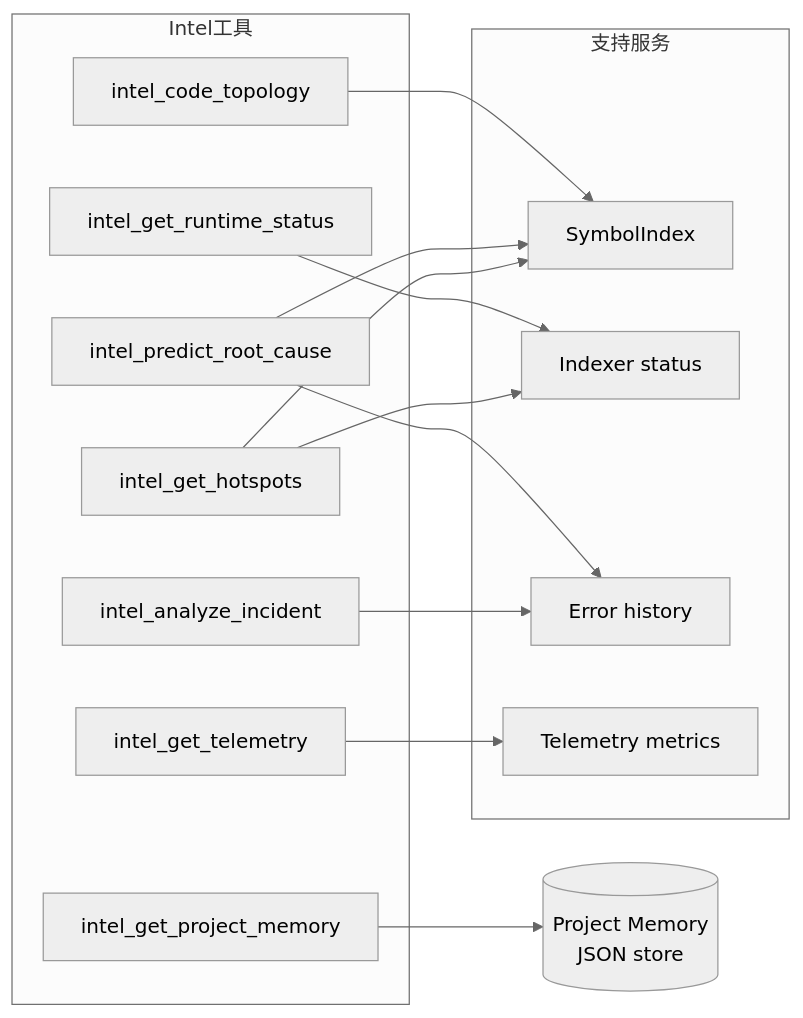
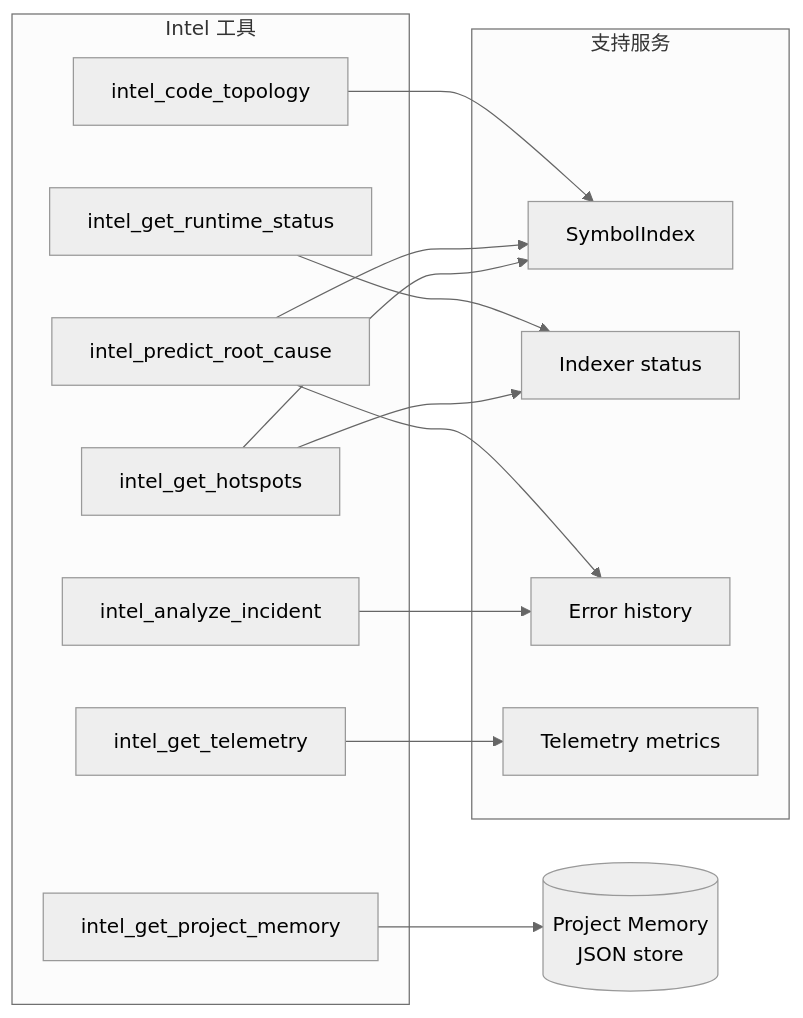
One commit to ManSio/mscodebase-intelligence changed the sixth of 8 diagrams in docs/zh/ARCHITECTURE_DEEP.md. Above: the diagram before and after it, drawn with Mermaid (neutral theme). The commit also changed other lines of this file and 50 other files, not shown here.

````diff
--- a/docs/zh/ARCHITECTURE_DEEP.md
+++ b/docs/zh/ARCHITECTURE_DEEP.md
@@ -205,29 +217,29 @@
 ```mermaid
 flowchart LR
-    subgraph "Intel工具"
+    subgraph "Intel 工具"
         RTS[intel_get_runtime_status]
         CT[intel_code_topology]
         PM[intel_get_project_memory]
         RCA[intel_predict_root_cause]
         AI[intel_analyze_incident]
         TL[intel_get_telemetry]
         HOT[intel_get_hotspots]
     end
     
     subgraph "支持服务"
         SI[SymbolIndex]
         IDX[Indexer status]
         ERR[Error history]
         TEL[Telemetry metrics]
     end
     
     RTS --> IDX
     CT --> SI
     PM --> PMDB[(Project Memory\nJSON store)]
     RCA --> ERR
     RCA --> SI
     AI --> ERR
     TL --> TEL
     HOT --> SI
     HOT --> IDX
 ```
````
